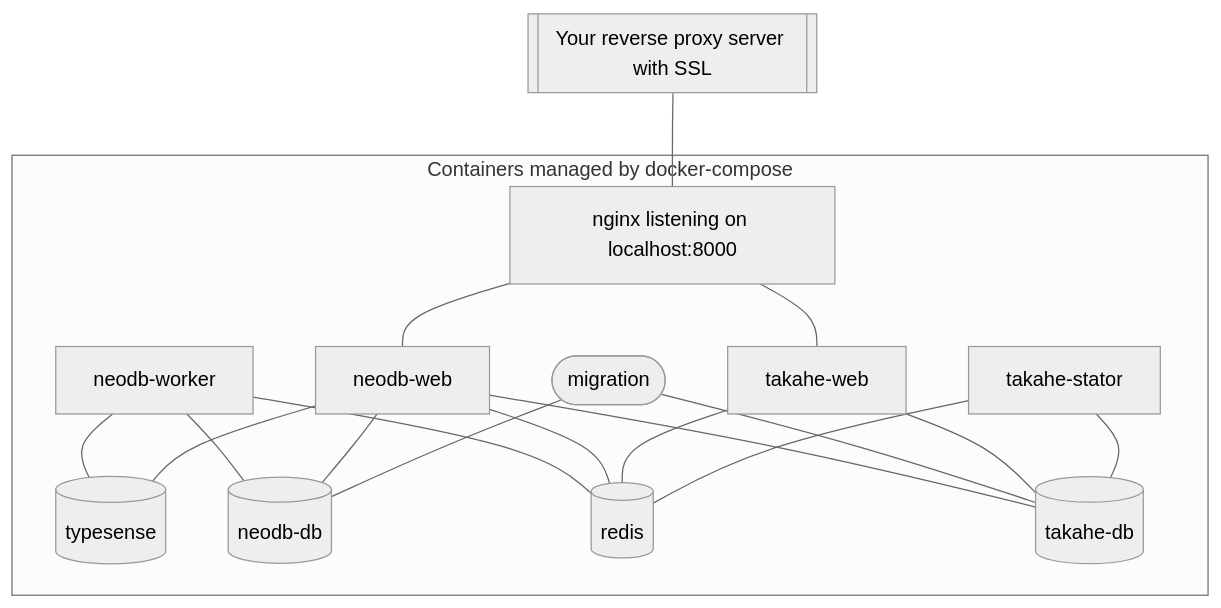
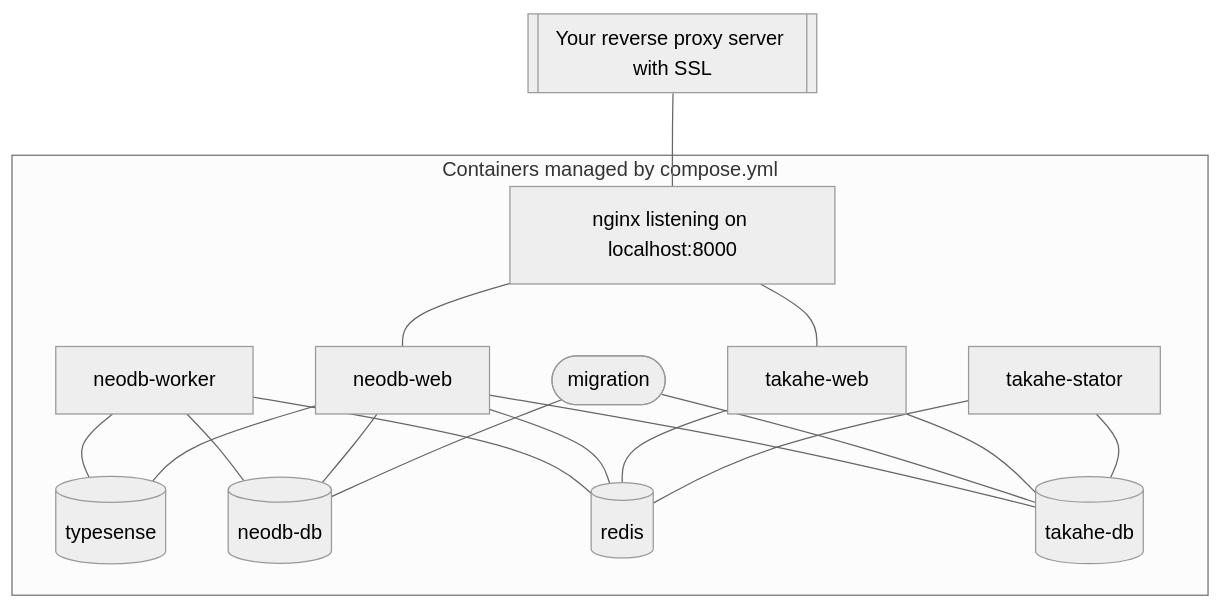
One commit to yao-yun/neodb changed the diagram in doc/install-docker.md. Above: the diagram before and after it, drawn with Mermaid (neutral theme). The commit also changed other lines of this file and 4 other files, not shown here.

Commit message:
use compose.yml

````diff
--- a/doc/install-docker.md
+++ b/doc/install-docker.md
@@ -7,21 +7,21 @@
 ```mermaid
 flowchart TB
     web[[Your reverse proxy server with SSL]] --- neodb-nginx[nginx listening on localhost:8000]
-    subgraph Containers managed by docker-compose
+    subgraph Containers managed by compose.yml
     neodb-nginx --- neodb-web
     neodb-nginx --- takahe-web
     neodb-worker --- typesense[(typesense)]
     neodb-worker --- neodb-db[(neodb-db)]
     neodb-worker --- redis[(redis)]
     neodb-web --- typesense
     neodb-web --- neodb-db
     neodb-web --- redis
     neodb-web ---  takahe-db[(takahe-db)]
     migration([migration]) --- neodb-db
     migration --- takahe-db
     takahe-web --- takahe-db
     takahe-web --- redis
     takahe-stator --- takahe-db
     takahe-stator --- redis
     end
 ```
````
